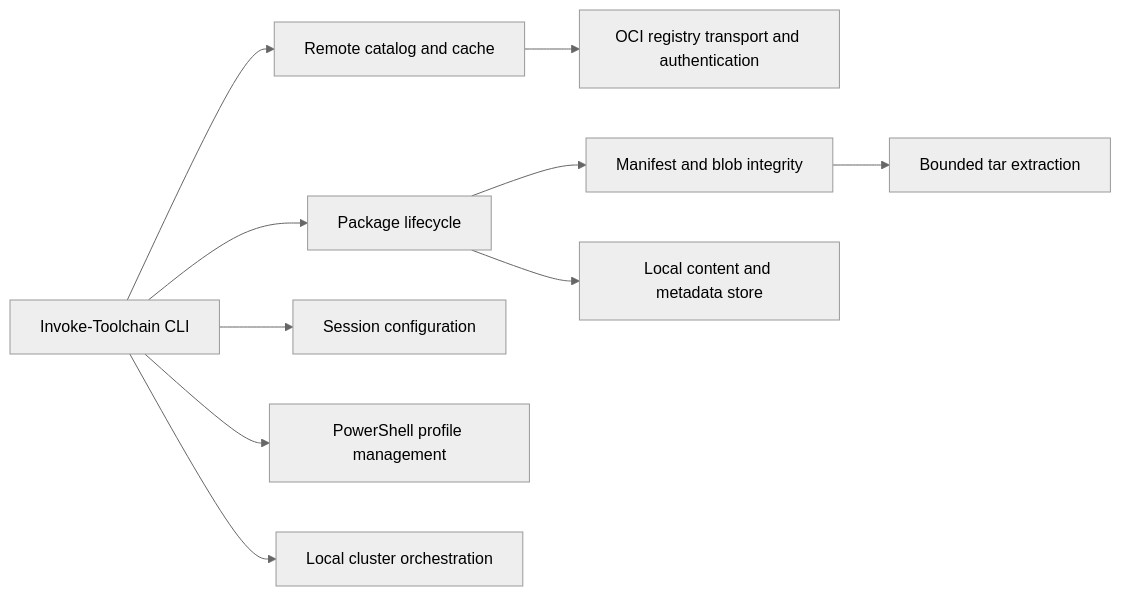
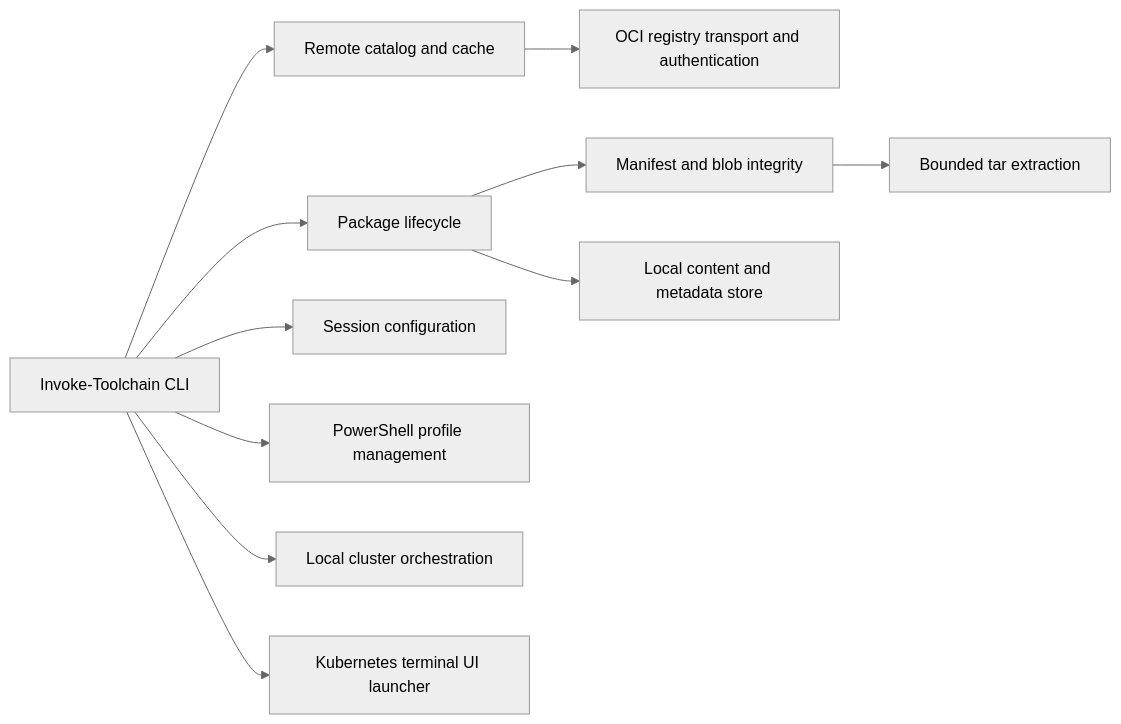
The diagram in doc/architecture.md (allsagetech/Toolchain), drawn with Mermaid (neutral theme) before and after one commit. The commit also changed other lines of this file and 12 other files, not shown here.

````diff
--- a/doc/architecture.md
+++ b/doc/architecture.md
@@ -6,12 +6,13 @@
 ```mermaid
 flowchart LR
     CLI["Invoke-Toolchain CLI"] --> Catalog["Remote catalog and cache"]
     CLI --> Lifecycle["Package lifecycle"]
     CLI --> Shell["Session configuration"]
     CLI --> Profile["PowerShell profile management"]
     CLI --> Cluster["Local cluster orchestration"]
+    CLI --> K9s["Kubernetes terminal UI launcher"]
     Catalog --> Transport["OCI registry transport and authentication"]
     Lifecycle --> Registry["Manifest and blob integrity"]
     Registry --> Archive["Bounded tar extraction"]
     Lifecycle --> Store["Local content and metadata store"]
 ```
````
